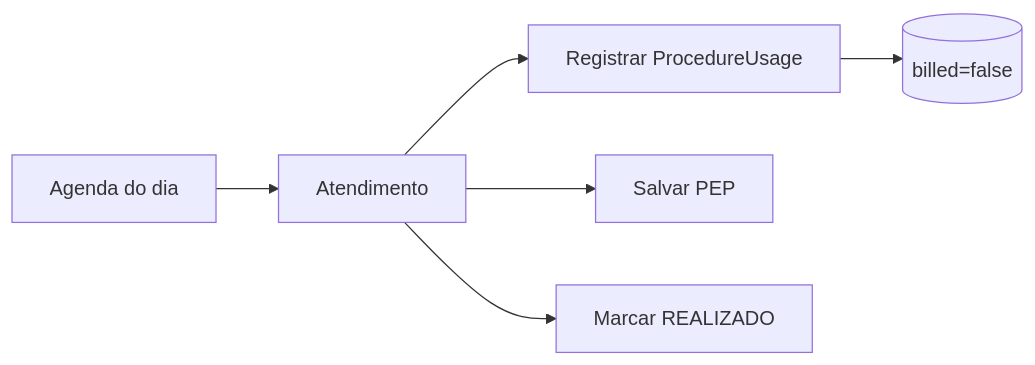
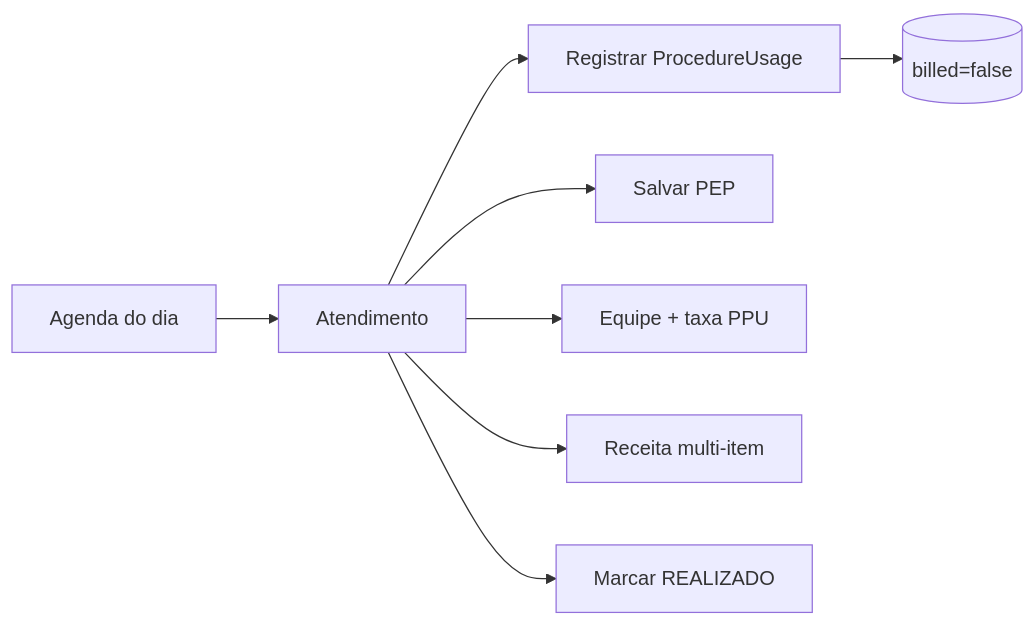
Before and after one commit to Piulres/sistema-bibi: the fourth of 10 diagrams in docs/produto/FLUXOS.md, drawn with Mermaid. The commit also changed other lines of this file and 5 other files, not shown here.

First line of the commit message:
docs(v3.0.13): exportações fetch+blob, equipe e receita multi-item

````diff
--- a/docs/produto/FLUXOS.md
+++ b/docs/produto/FLUXOS.md
@@ -253,8 +255,10 @@
 ```mermaid
 flowchart LR
   A[Agenda do dia] --> B[Atendimento]
   B --> C[Registrar ProcedureUsage]
   B --> D[Salvar PEP]
-  B --> E[Marcar REALIZADO]
-  C --> F[(billed=false)]
+  B --> E[Equipe + taxa PPU]
+  B --> F[Receita multi-item]
+  B --> G[Marcar REALIZADO]
+  C --> H[(billed=false)]
 ```
````
